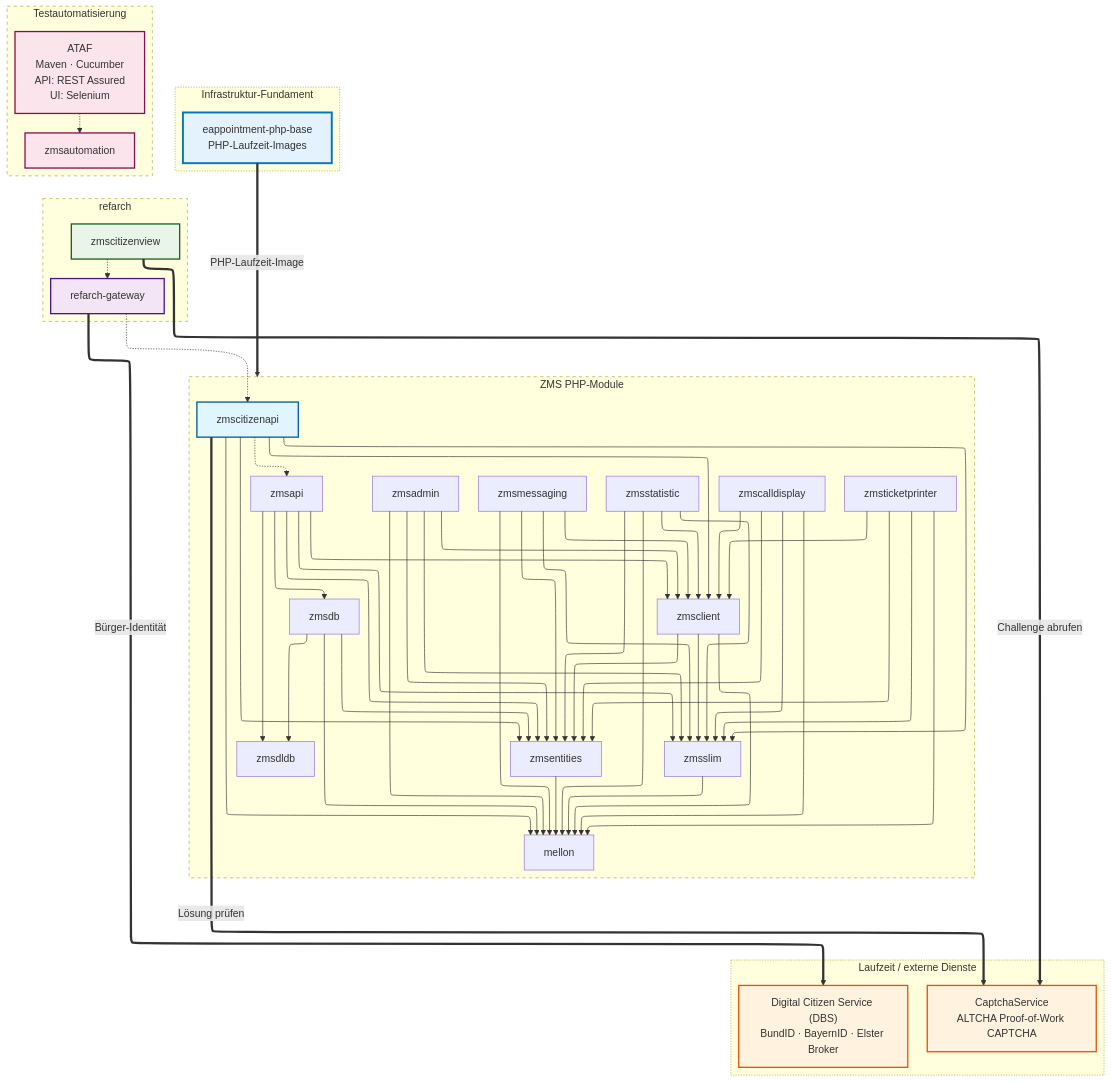
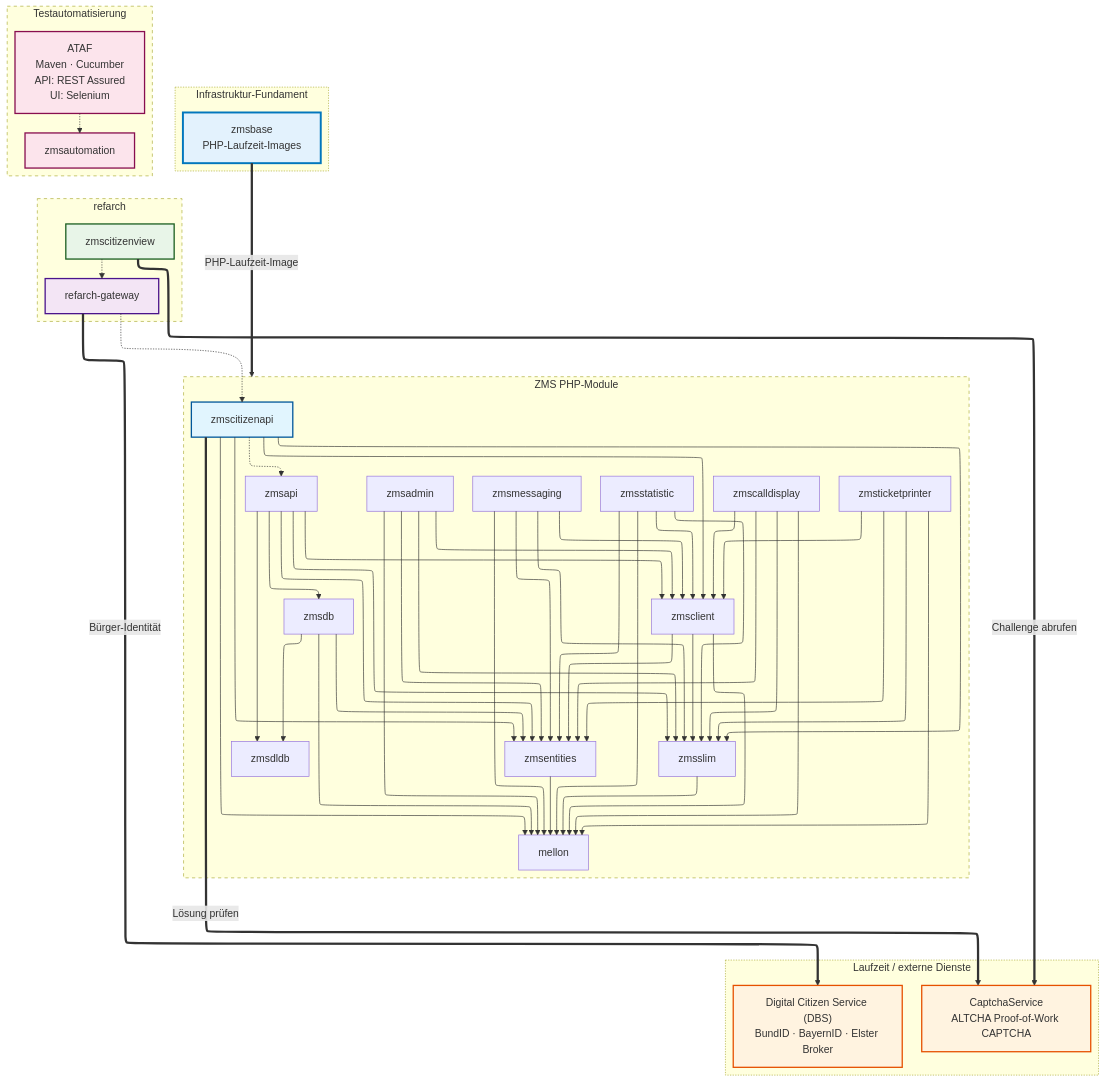
Before and after one commit to it-at-m/eappointment: the diagram in docs/de/setup-and-development/development-rules/dependency-graph.md, drawn with Mermaid. The commit also changed other lines of this file and 32 other files, not shown here.

First line of the commit message:
chore(ZMS): move php-base images into monorepo as zmsbase

```diff
--- a/docs/de/setup-and-development/development-rules/dependency-graph.md
+++ b/docs/de/setup-and-development/development-rules/dependency-graph.md
@@ -81,7 +81,7 @@
 
     subgraph foundation [Infrastruktur-Fundament]
         style foundation stroke-dasharray: 2, 4
-        phpbase["eappointment-php-base<br>PHP-Laufzeit-Images"]
+        phpbase["zmsbase<br>PHP-Laufzeit-Images"]
     end
 
     subgraph testing [Testautomatisierung]
```
